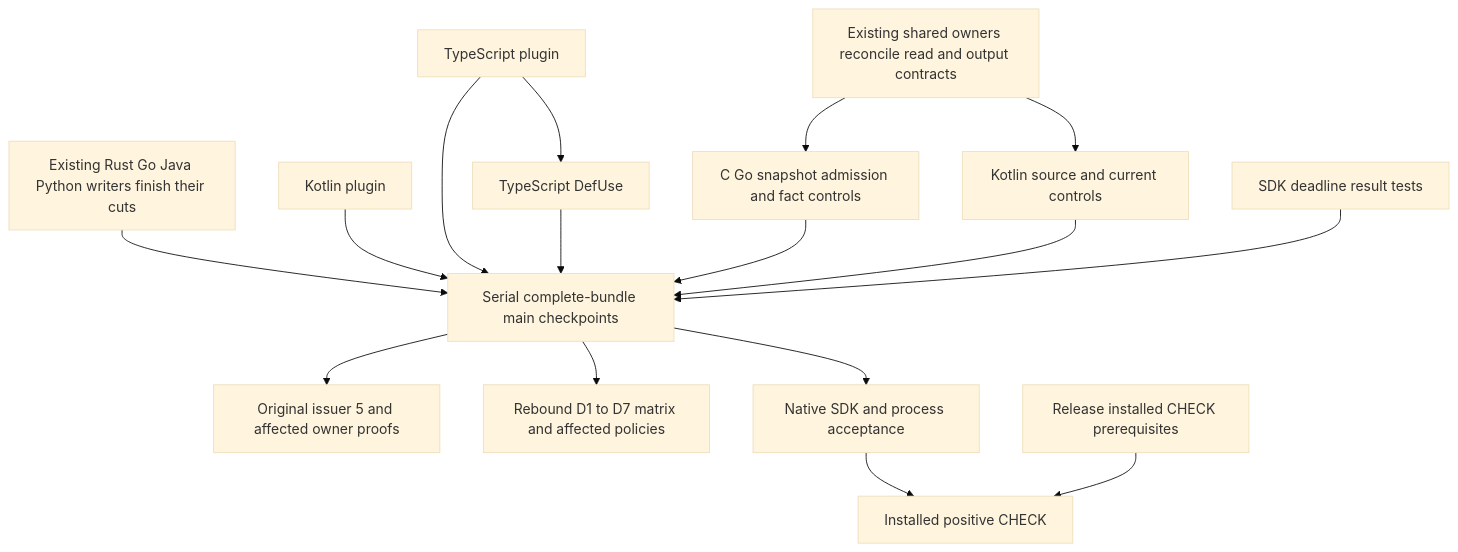
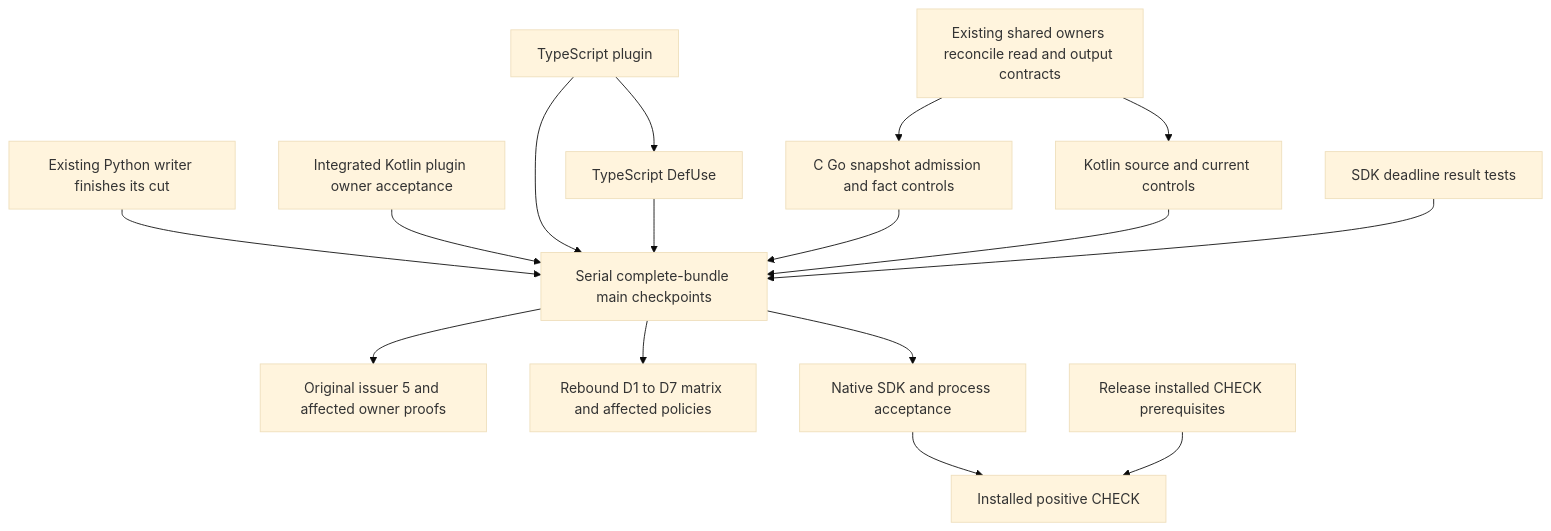
Before and after one commit to josongmin/quanta-gqlang-v2: the diagram in docs/plans/oct-6-substrate-dedup/readme.md, drawn with Mermaid (base theme). The commit also changed other lines of this file and 4 other files, not shown here.

````diff
--- a/docs/plans/oct-6-substrate-dedup/readme.md
+++ b/docs/plans/oct-6-substrate-dedup/readme.md
@@ -162,32 +170,32 @@
 ```mermaid
 flowchart TD
     S0[Existing shared owners reconcile read and output contracts]
-    E[Existing Rust Go Java Python writers finish their cuts]
-    K[Kotlin plugin]
+    E[Existing Python writer finishes its cut]
+    K[Integrated Kotlin plugin owner acceptance]
     T[TypeScript plugin]
     D[TypeScript DefUse]
     C[C Go snapshot admission and fact controls]
     N[Kotlin source and current controls]
     F[SDK deadline result tests]
     M[Serial complete-bundle main checkpoints]
     O[Original issuer 5 and affected owner proofs]
     Q[Rebound D1 to D7 matrix and affected policies]
     P[Native SDK and process acceptance]
     I[Release installed CHECK prerequisites]
     L[Installed positive CHECK]
     S0 --> C
     S0 --> N
     E --> M
     K --> M
     T --> M
     D --> M
     C --> M
     N --> M
     F --> M
     T --> D
     M --> O
     M --> Q
     M --> P
     P --> L
     I --> L
 ```
````
